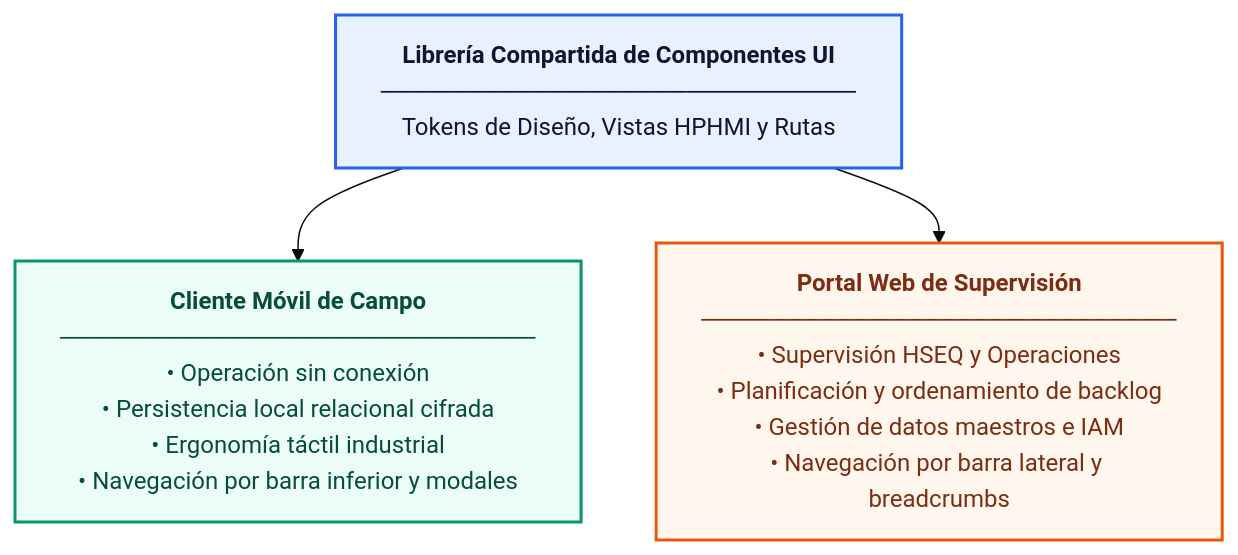
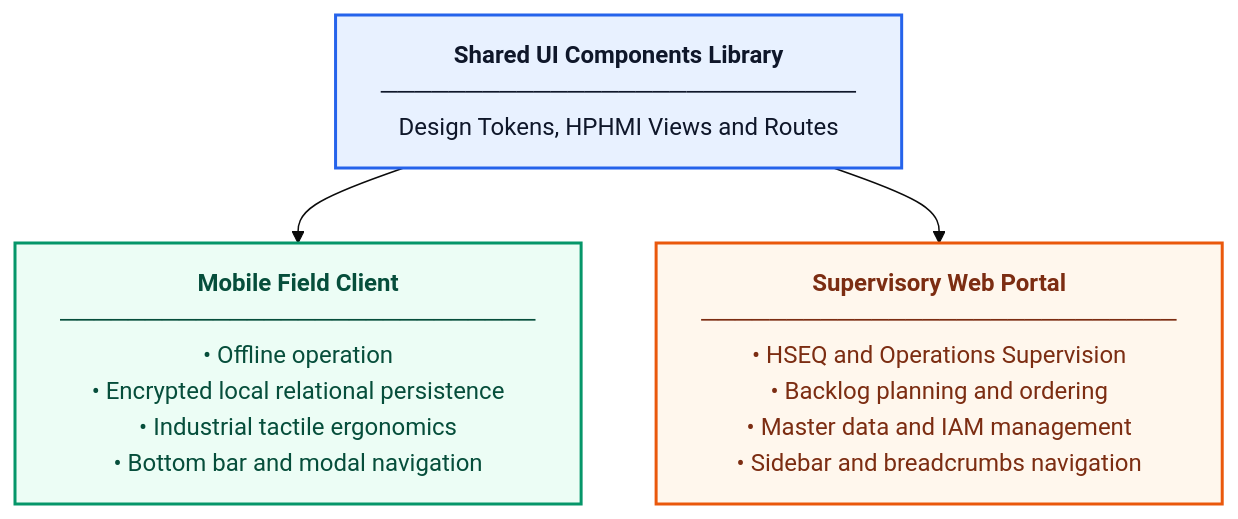
One commit to Novav20/adso-dteam-docs changed the first of 6 diagrams in ui-ux/DT-UI-NAV-DOC-001.md. Above: the diagram before and after it, drawn with Mermaid (base theme). The commit also changed other lines of this file, not shown here.

Commit message:
docs(ui-ux): translate global navigation specification

````diff
--- a/ui-ux/DT-UI-NAV-DOC-001.md
+++ b/ui-ux/DT-UI-NAV-DOC-001.md
@@ -28,19 +28,19 @@
 ```mermaid
 graph TD
-    UIComponents["<b>Librería Compartida de Componentes UI</b><br/>────────────────────────────<br/>Tokens de Diseño, Vistas HPHMI y Rutas"]
+    UIComponents["<b>Shared UI Components Library</b><br/>────────────────────────────<br/>Design Tokens, HPHMI Views and Routes"]
 
-    Mobile["<b>Cliente Móvil de Campo</b><br/>────────────────────────────<br/>• Operación sin conexión<br/>• Persistencia local relacional cifrada<br/>• Ergonomía táctil industrial<br/>• Navegación por barra inferior y modales"]
+    Mobile["<b>Mobile Field Client</b><br/>────────────────────────────<br/>• Offline operation<br/>• Encrypted local relational persistence<br/>• Industrial tactile ergonomics<br/>• Bottom bar and modal navigation"]
 
-    Web["<b>Portal Web de Supervisión</b><br/>────────────────────────────<br/>• Supervisión HSEQ y Operaciones<br/>• Planificación y ordenamiento de backlog<br/>• Gestión de datos maestros e IAM<br/>• Navegación por barra lateral y breadcrumbs"]
+    Web["<b>Supervisory Web Portal</b><br/>────────────────────────────<br/>• HSEQ and Operations Supervision<br/>• Backlog planning and ordering<br/>• Master data and IAM management<br/>• Sidebar and breadcrumbs navigation"]
 
     UIComponents --> Mobile
     UIComponents --> Web
 
     classDef shared fill:#E8F1FF,stroke:#2563EB,stroke-width:2px,color:#0F172A;
     classDef mobile fill:#ECFDF5,stroke:#059669,stroke-width:2px,color:#064E3B;
     classDef web fill:#FFF7ED,stroke:#EA580C,stroke-width:2px,color:#7C2D12;
 
     class UIComponents shared;
     class Mobile mobile;
     class Web web;
 ```
````
